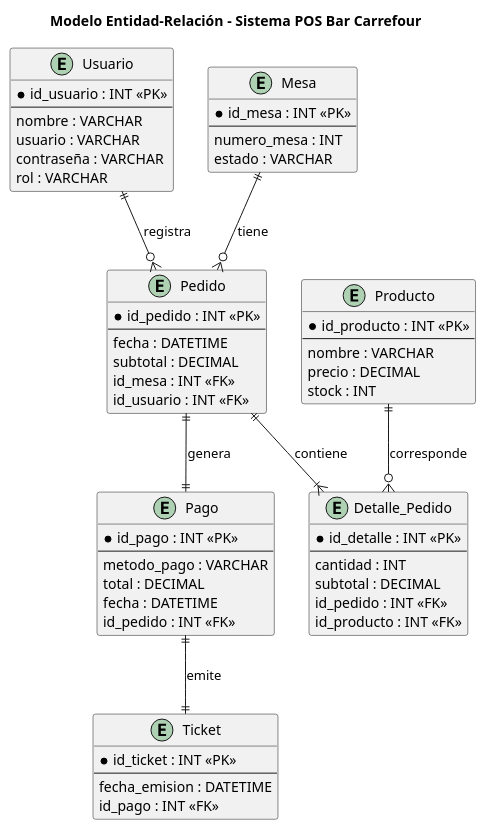
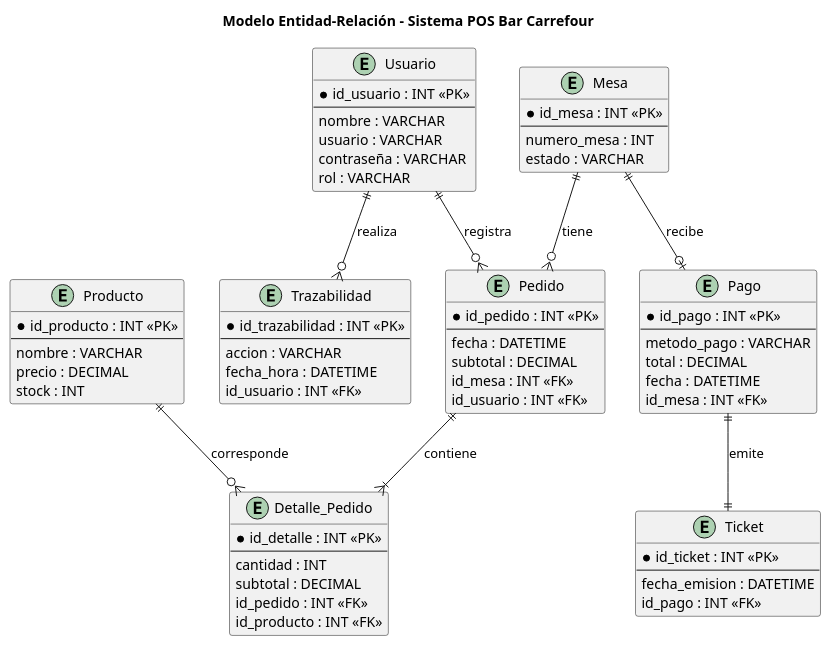
Before and after one commit to joana2025-coder/eidas-grupo02-SistemaPointofsale: the diagram in diagramas/er.puml, drawn with PlantUML. The commit also changed 1 other file, not shown here.

Commit message:
Corrige modelo ER y agrega trazabilidad

```diff
--- a/diagramas/er.puml
+++ b/diagramas/er.puml
@@ -1,70 +1,79 @@
 @startuml
 
 title Modelo Entidad-Relación - Sistema POS Bar Carrefour
 
 entity Usuario {
     * id_usuario : INT <<PK>>
     --
     nombre : VARCHAR
     usuario : VARCHAR
     contraseña : VARCHAR
     rol : VARCHAR
 }
 
 entity Mesa {
     * id_mesa : INT <<PK>>
     --
     numero_mesa : INT
     estado : VARCHAR
 }
 
 entity Pedido {
     * id_pedido : INT <<PK>>
     --
     fecha : DATETIME
     subtotal : DECIMAL
     id_mesa : INT <<FK>>
     id_usuario : INT <<FK>>
 }
 
 entity Detalle_Pedido {
     * id_detalle : INT <<PK>>
     --
     cantidad : INT
     subtotal : DECIMAL
     id_pedido : INT <<FK>>
     id_producto : INT <<FK>>
 }
 
 entity Producto {
     * id_producto : INT <<PK>>
     --
     nombre : VARCHAR
     precio : DECIMAL
     stock : INT
 }
 
 entity Pago {
     * id_pago : INT <<PK>>
     --
     metodo_pago : VARCHAR
     total : DECIMAL
     fecha : DATETIME
-    id_pedido : INT <<FK>>
+    id_mesa : INT <<FK>>
 }
 
 entity Ticket {
     * id_ticket : INT <<PK>>
     --
     fecha_emision : DATETIME
     id_pago : INT <<FK>>
 }
 
+entity Trazabilidad {
+    * id_trazabilidad : INT <<PK>>
+    --
+    accion : VARCHAR
+    fecha_hora : DATETIME
+    id_usuario : INT <<FK>>
+}
+
 Usuario ||--o{ Pedido : registra
 Mesa ||--o{ Pedido : tiene
 Pedido ||--|{ Detalle_Pedido : contiene
 Producto ||--o{ Detalle_Pedido : corresponde
-Pedido ||--|| Pago : genera
+Mesa ||--o| Pago : recibe
 Pago ||--|| Ticket : emite
+Usuario ||--o{ Trazabilidad : realiza
 
 @enduml
```
